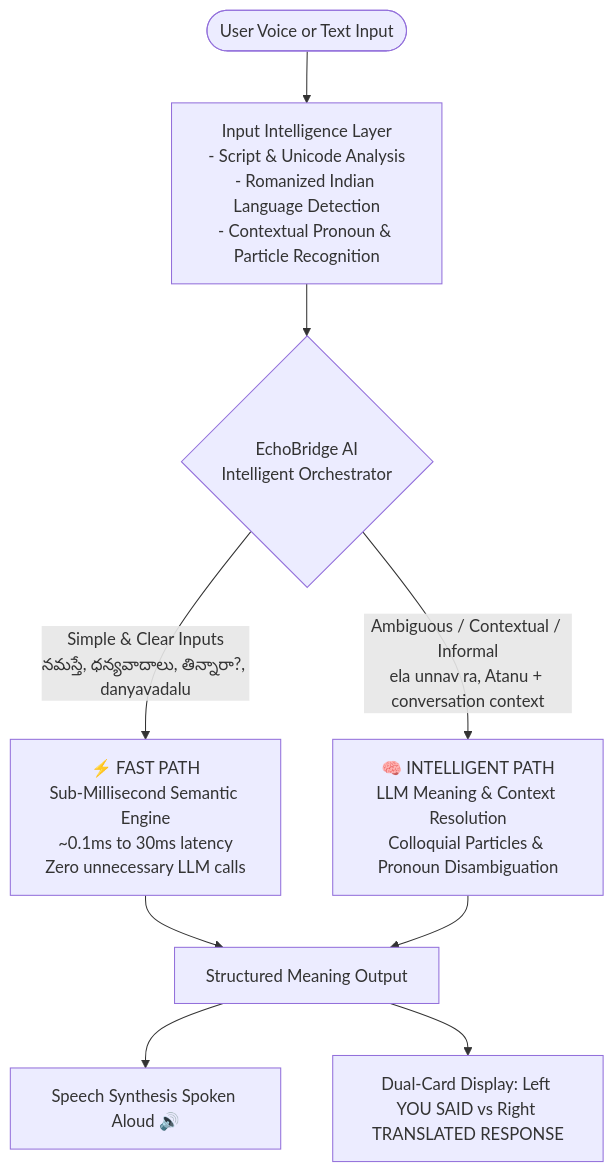
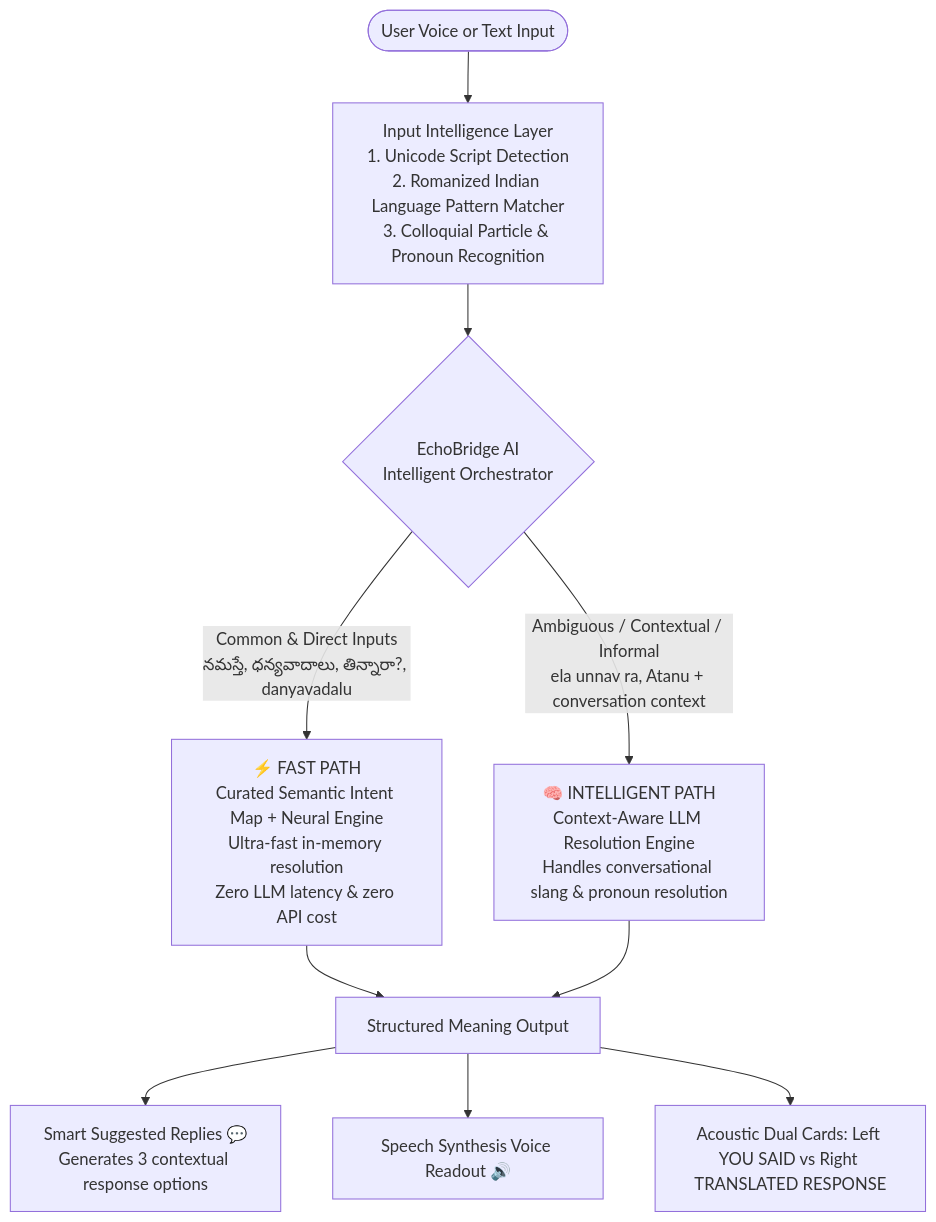
One commit to vaishnavireddy067/EchoBridge-AI-Personal-AI-Interpreter-Smart-Conversation-Assistant changed the diagram in README.md. Above: the diagram before and after it, drawn with Mermaid. The commit also changed other lines of this file and 11 other files, not shown here.

Commit message:
feat: complete live two-way interpreter with full sentence VAD speech accumulation, semantic translations, and auto TTS

````diff
--- a/README.md
+++ b/README.md
@@ -13,13 +13,14 @@
 ```mermaid
 flowchart TD
-    User([User Voice or Text Input]) --> Intelligence[Input Intelligence Layer\n- Script & Unicode Analysis\n- Romanized Indian Language Detection\n- Contextual Pronoun & Particle Recognition]
+    User([User Voice or Text Input]) --> Intelligence[Input Intelligence Layer\n1. Unicode Script Detection\n2. Romanized Indian Language Pattern Matcher\n3. Colloquial Particle & Pronoun Recognition]
     Intelligence --> Orchestrator{EchoBridge AI\nIntelligent Orchestrator}
     
-    Orchestrator -->|Simple & Clear Inputs\nనమస్తే, ధన్యవాదాలు, తిన్నారా?, danyavadalu| FastPath[⚡ FAST PATH\nSub-Millisecond Semantic Engine\n~0.1ms to 30ms latency\nZero unnecessary LLM calls]
-    Orchestrator -->|Ambiguous / Contextual / Informal\nela unnav ra, Atanu + conversation context| IntelligentPath[🧠 INTELLIGENT PATH\nLLM Meaning & Context Resolution\nColloquial Particles & Pronoun Disambiguation]
+    Orchestrator -->|Common & Direct Inputs\nనమస్తే, ధన్యవాదాలు, తిన్నారా?, danyavadalu| FastPath[⚡ FAST PATH\nCurated Semantic Intent Map + Neural Engine\nUltra-fast in-memory resolution\nZero LLM latency & zero API cost]
+    Orchestrator -->|Ambiguous / Contextual / Informal\nela unnav ra, Atanu + conversation context| IntelligentPath[🧠 INTELLIGENT PATH\nContext-Aware LLM Resolution Engine\nHandles conversational slang & pronoun resolution]
     
     FastPath --> Output[Structured Meaning Output]
     IntelligentPath --> Output
-    Output --> TTS[Speech Synthesis Spoken Aloud 🔊]
-    Output --> UI[Dual-Card Display: Left YOU SAID vs Right TRANSLATED RESPONSE]
+    Output --> Suggestions[Smart Suggested Replies 💬\nGenerates 3 contextual response options]
+    Output --> TTS[Speech Synthesis Voice Readout 🔊]
+    Output --> UI[Acoustic Dual Cards: Left YOU SAID vs Right TRANSLATED RESPONSE]
 ```
````
